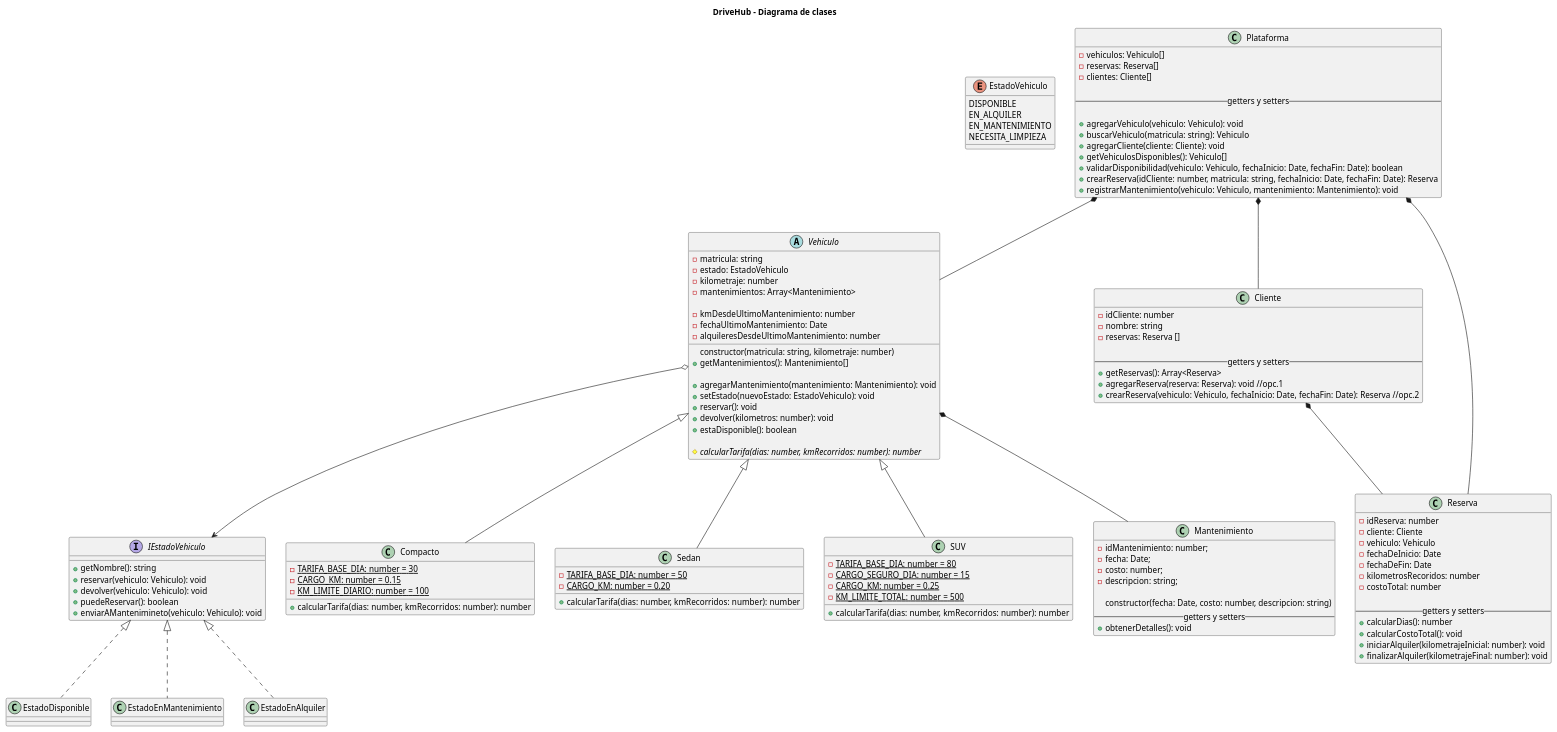
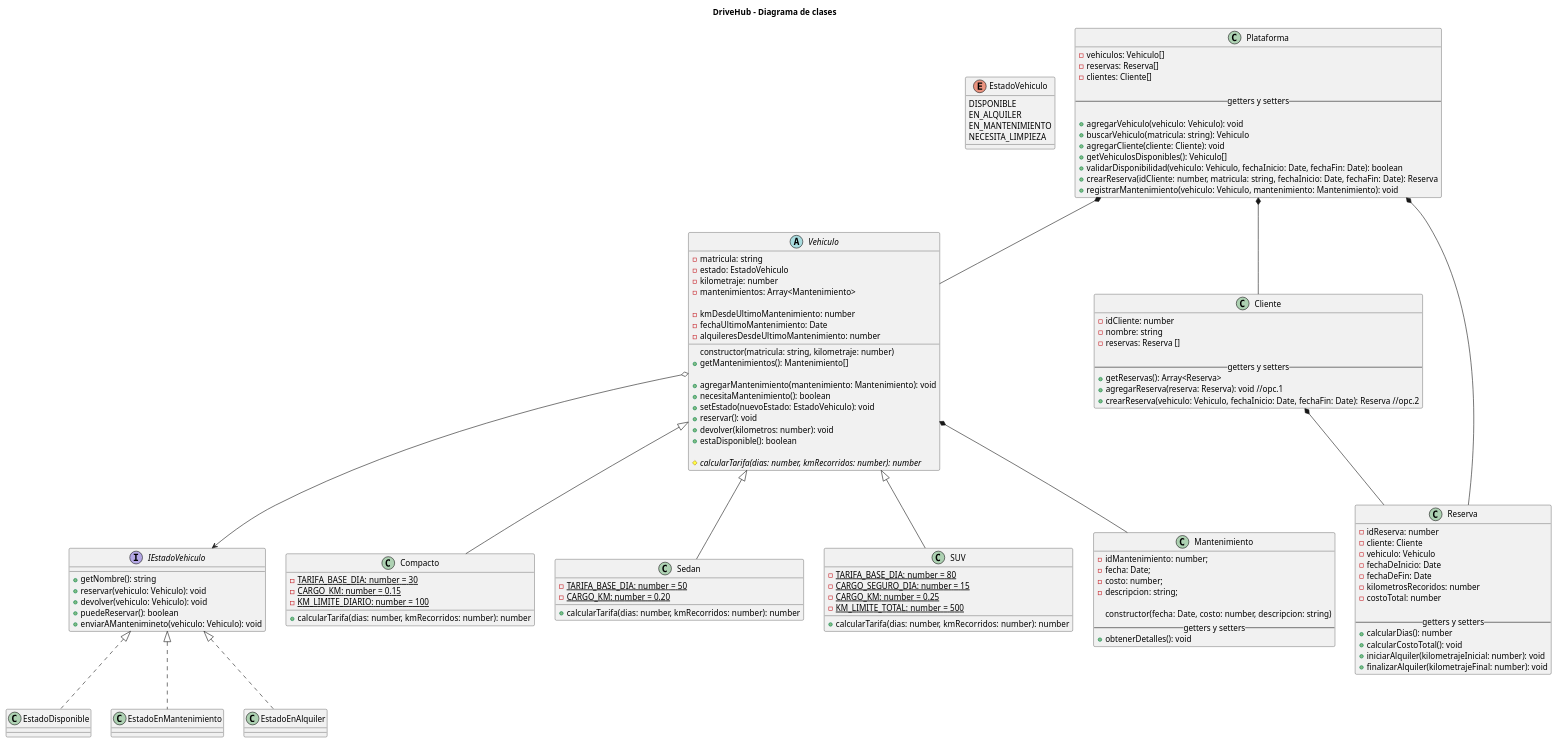
Before and after one commit to martingustavolopez/PROGRAMACION-II-CUVL: the diagram in diagramas/diagrama.puml, drawn with PlantUML. The commit also changed 1 other file, not shown here.

Commit message:
Planteo de disparadores de mantenimiento

```diff
--- a/diagramas/diagrama.puml
+++ b/diagramas/diagrama.puml
@@ -1,149 +1,150 @@
 @startuml
 
 title DriveHub - Diagrama de clases
 
 ' Enumeracion de estado vehiculo
 enum EstadoVehiculo {
     DISPONIBLE
     EN_ALQUILER
     EN_MANTENIMIENTO
     NECESITA_LIMPIEZA
 }
 ' Cambiar el EstadoVehiculo por una interfaz IEstadoVehiculo
 ' Y utilizar el PATRÓN DE DISEÑO - STATE
 ' Planteo
 interface IEstadoVehiculo {
     + getNombre(): string
     + reservar(vehiculo: Vehiculo): void
     + devolver(vehiculo: Vehiculo): void
     + puedeReservar(): boolean
     + enviarAMantenimineto(vehiculo: Vehiculo): void
 }
 ' Crear las clases Concretas que implementen IEstadoVehiculo
 ' EstadoDisponible : EstadoEnMantenimiento : EstadoEnAlquiler
 class EstadoDisponible {}
 class EstadoEnMantenimiento {}
 class EstadoEnAlquiler {}
 
 abstract class Vehiculo {
     - matricula: string
     - estado: EstadoVehiculo
     - kilometraje: number
     - mantenimientos: Array<Mantenimiento>
 
     'Disparadores de Mantenimiento
     - kmDesdeUltimoMantenimiento: number
     - fechaUltimoMantenimiento: Date
     - alquileresDesdeUltimoMantenimiento: number
     
     constructor(matricula: string, kilometraje: number)
     + getMantenimientos(): Mantenimiento[]
 
     + agregarMantenimiento(mantenimiento: Mantenimiento): void
+    + necesitaMantenimiento(): boolean
     + setEstado(nuevoEstado: EstadoVehiculo): void
     + reservar(): void
     + devolver(kilometros: number): void
     + estaDisponible(): boolean
-    
+
     # {abstract} calcularTarifa(dias: number, kmRecorridos: number): number
 }
 
 class Compacto {
     - {static} TARIFA_BASE_DIA: number = 30
     - {static} CARGO_KM: number = 0.15
     - {static} KM_LIMITE_DIARIO: number = 100 
 
     + calcularTarifa(dias: number, kmRecorridos: number): number        
 }
 
 class Sedan {
     - {static} TARIFA_BASE_DIA: number = 50
     - {static} CARGO_KM: number = 0.20
 
     + calcularTarifa(dias: number, kmRecorridos: number): number
 }
 
 
 class SUV {
     - {static} TARIFA_BASE_DIA: number = 80
     - {static} CARGO_SEGURO_DIA: number = 15
     - {static} CARGO_KM: number = 0.25
     - {static} KM_LIMITE_TOTAL: number = 500
 
     + calcularTarifa(dias: number, kmRecorridos: number): number
 }
 
 
 class Cliente {
     - idCliente: number
     - nombre: string
     - reservas: Reserva []
 
     -- getters y setters --
     + getReservas(): Array<Reserva>
     + agregarReserva(reserva: Reserva): void //opc.1
     + crearReserva(vehiculo: Vehiculo, fechaInicio: Date, fechaFin: Date): Reserva //opc.2
 }
 
 class Reserva {
     - idReserva: number
     - cliente: Cliente
     - vehiculo: Vehiculo
     - fechaDeInicio: Date
     - fechaDeFin: Date
     - kilometrosRecoridos: number
     - costoTotal: number
 
     -- getters y setters --
     + calcularDias(): number
     + calcularCostoTotal(): void
     + iniciarAlquiler(kilometrajeInicial: number): void
     + finalizarAlquiler(kilometrajeFinal: number): void
 }
 
 class Mantenimiento {
     - idMantenimiento: number;
     - fecha: Date;
     - costo: number;
     - descripcion: string;
     
     constructor(fecha: Date, costo: number, descripcion: string)
     -- getters y setters --
     + obtenerDetalles(): void
 }
 
 class Plataforma {
     - vehiculos: Vehiculo[]
     - reservas: Reserva[]
     - clientes: Cliente[]
 
     -- getters y setters --
 
     + agregarVehiculo(vehiculo: Vehiculo): void
     + buscarVehiculo(matricula: string): Vehiculo
     + agregarCliente(cliente: Cliente): void
     + getVehiculosDisponibles(): Vehiculo[]
     + validarDisponibilidad(vehiculo: Vehiculo, fechaInicio: Date, fechaFin: Date): boolean
     + crearReserva(idCliente: number, matricula: string, fechaInicio: Date, fechaFin: Date): Reserva
     + registrarMantenimiento(vehiculo: Vehiculo, mantenimiento: Mantenimiento): void
 }
 
 ' Relaciones de herencia
 Vehiculo <|-- Compacto
 Vehiculo <|-- Sedan
 Vehiculo <|-- SUV
 
 ' Relaciones de composición
 Vehiculo *-- Mantenimiento
 Cliente *-- Reserva
 Plataforma *-- Vehiculo
 Plataforma *-- Cliente
 Plataforma *-- Reserva
 
 
 Vehiculo o--> IEstadoVehiculo
 IEstadoVehiculo <|.. EstadoEnMantenimiento
 IEstadoVehiculo <|.. EstadoEnAlquiler
 IEstadoVehiculo <|.. EstadoDisponible
 
 @enduml
```
